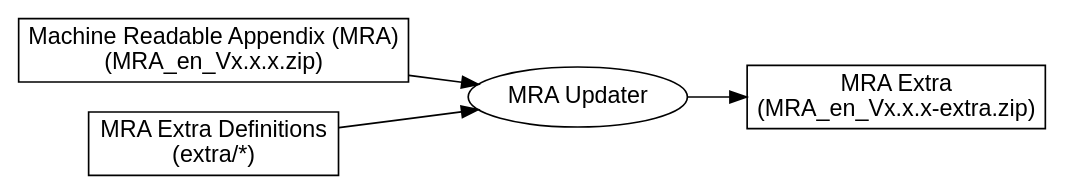
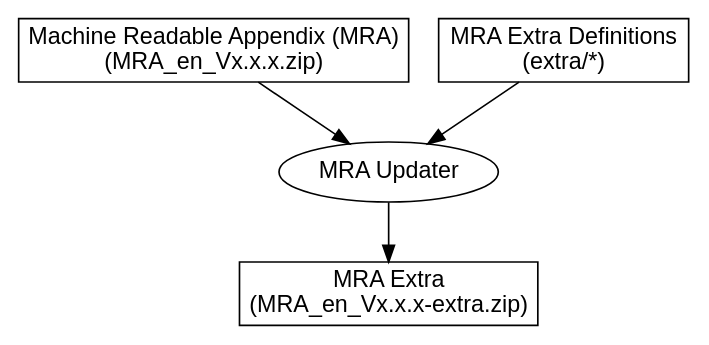
One commit to cybergarage/uecho-mra-extra changed the diagram in img/mra-extra-flow.dot. Above: the diagram before and after it, drawn with Graphviz. The commit also changed 1 other file, not shown here.

```diff
--- a/img/mra-extra-flow.dot
+++ b/img/mra-extra-flow.dot
@@ -1,19 +1,19 @@
 digraph G {
     
-    graph [rankdir = LR];
+    graph [rankdir = TB];
 
     node [fontname="Helvetica,Arial,sans-serif"]
     edge [fontname="Helvetica,Arial,sans-serif"]
 
     node [shape=box]; mra; mardef; mraex;
     node [shape=ellipse];  mraup;
     
     "mra" [label="Machine Readable Appendix (MRA)\n(MRA_en_Vx.x.x.zip)"]
     "mardef" [label="MRA Extra Definitions\n(extra/*)"]
     "mraup" [label="MRA Updater"]
     "mraex" [label="MRA Extra\n(MRA_en_Vx.x.x-extra.zip)"]
     
     "mra" -> "mraup"
     "mardef" -> "mraup"
     "mraup" -> "mraex"
 }
```
